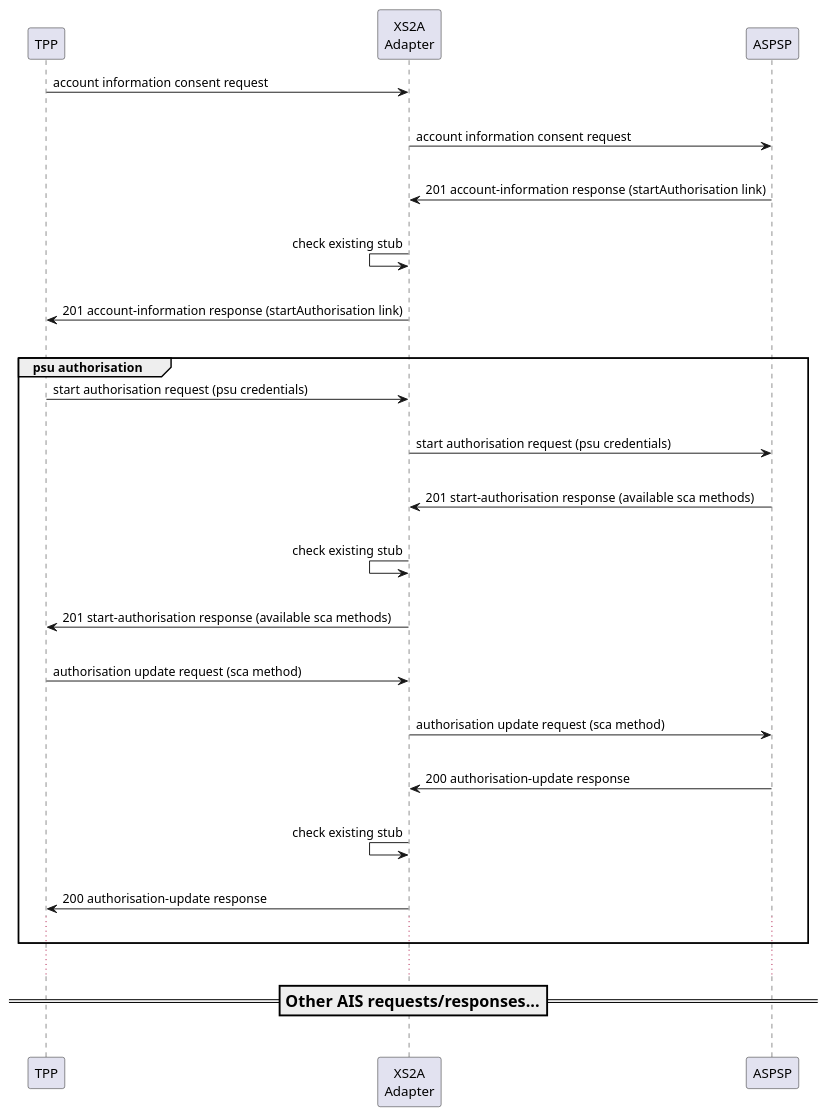
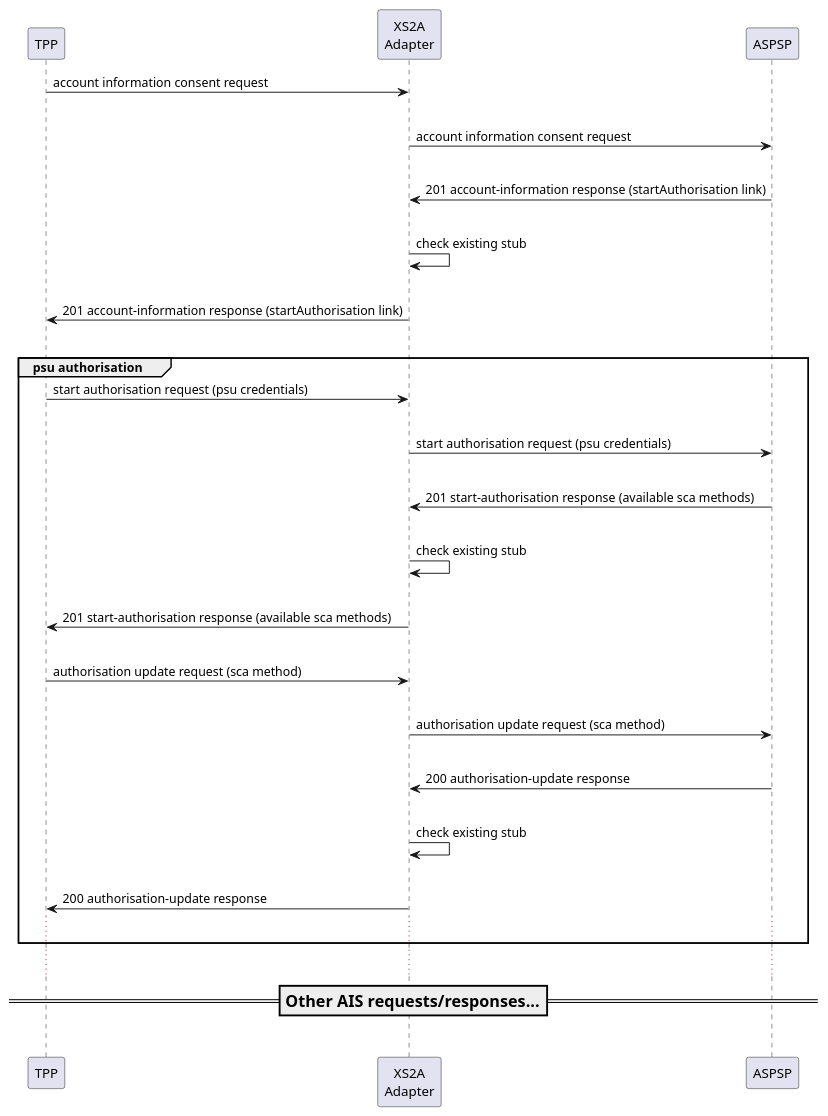
One commit to adorsys/xs2a-adapter changed the diagram in docs/img/src/embedded_ais_wiremock_validation_enabled.puml. Above: the diagram before and after it, drawn with PlantUML.

Commit message:
fixed wiremock diagram

```diff
--- a/docs/img/src/embedded_ais_wiremock_validation_enabled.puml
+++ b/docs/img/src/embedded_ais_wiremock_validation_enabled.puml
@@ -1,41 +1,41 @@
 @startuml
 participant tpp as "TPP"
 participant adapter as "XS2A\nAdapter"
 participant bank as "ASPSP"
 
 tpp->adapter: account information consent request
 |||
 adapter->bank: account information consent request
 |||
 adapter<-bank: 201 account-information response (startAuthorisation link)
 |||
-adapter<-adapter: check existing stub
+adapter->adapter: check existing stub
 |||
 tpp<-adapter: 201 account-information response (startAuthorisation link)
 |||
 group psu authorisation
 tpp->adapter: start authorisation request (psu credentials)
 |||
 adapter->bank: start authorisation request (psu credentials)
 |||
 adapter<-bank: 201 start-authorisation response (available sca methods)
 |||
-adapter<-adapter: check existing stub
+adapter->adapter: check existing stub
 |||
 tpp<-adapter: 201 start-authorisation response (available sca methods)
 |||
 tpp->adapter: authorisation update request (sca method)
 |||
 adapter->bank: authorisation update request (sca method)
 |||
 adapter<-bank: 200 authorisation-update response
 |||
-adapter<-adapter: check existing stub
+adapter->adapter: check existing stub
 |||
 tpp<-adapter: 200 authorisation-update response
 ...
 end
 ...
 === Other AIS requests/responses... ==
 |||
 @enduml
```
